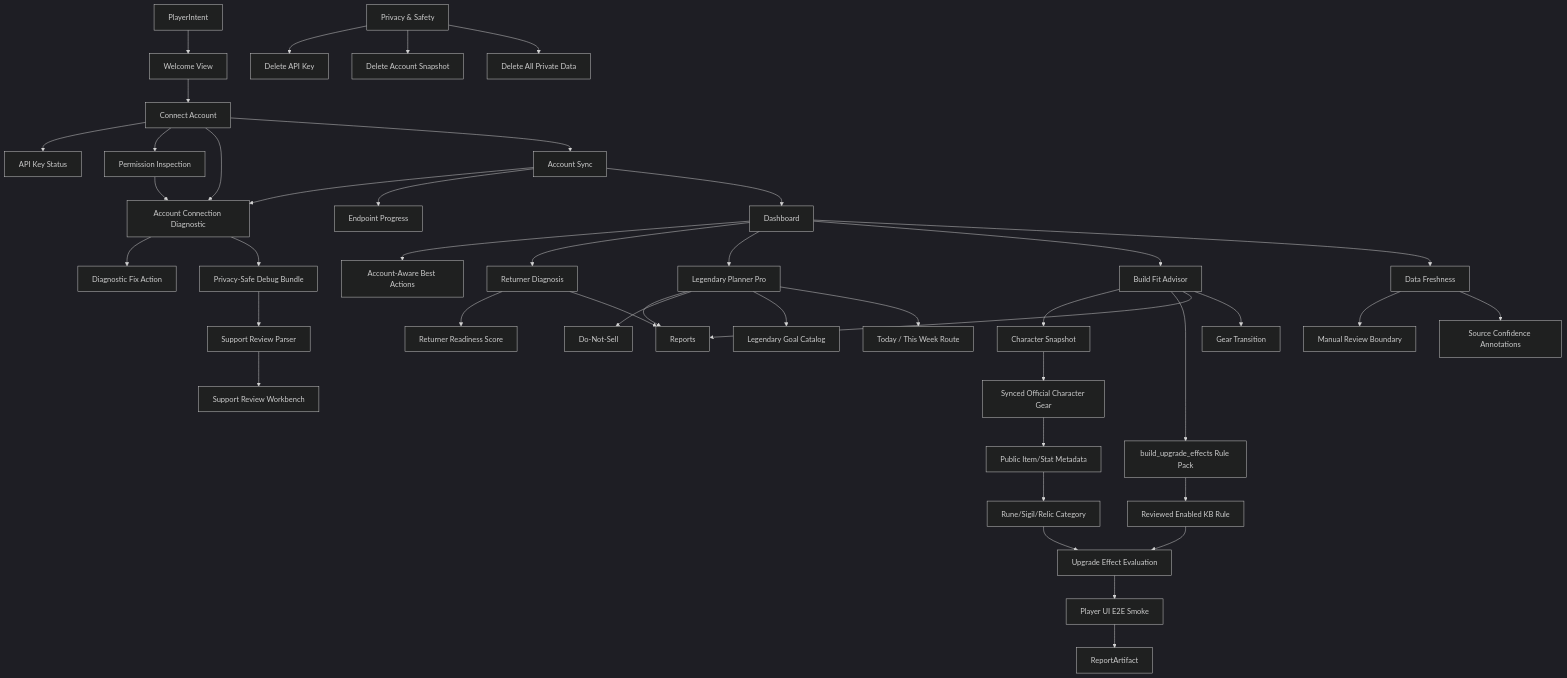
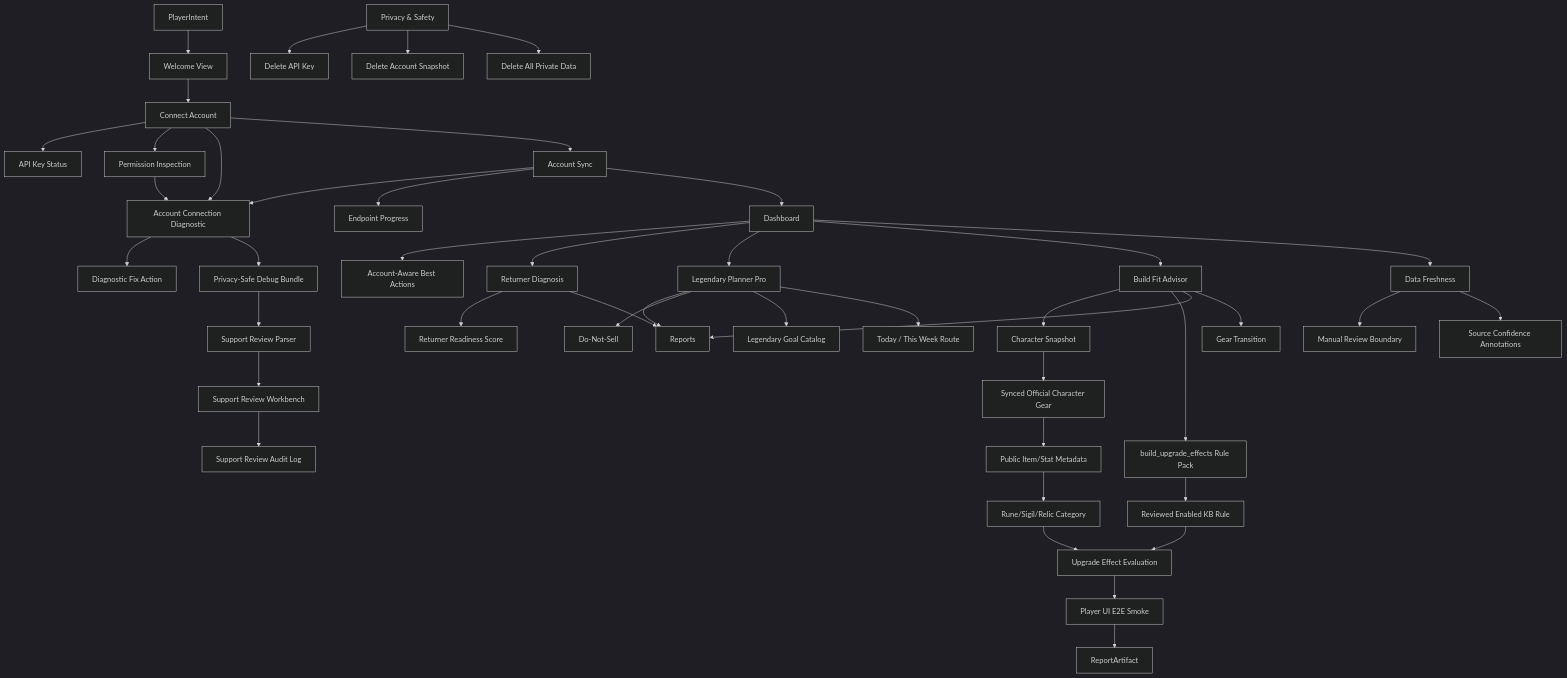
One commit to johnslee1207-commits/gw2radar changed the diagram in docs/ui/PLAYER_UI_SEMANTIC_GRAPH_AUDIT.md. Above: the diagram before and after it, drawn with Mermaid (dark theme). The commit also changed other lines of this file and 11 other files, not shown here.

Commit message:
Add support review audit log

````diff
--- a/docs/ui/PLAYER_UI_SEMANTIC_GRAPH_AUDIT.md
+++ b/docs/ui/PLAYER_UI_SEMANTIC_GRAPH_AUDIT.md
@@ -9,45 +9,46 @@
 ```mermaid
 graph TD
   PlayerIntent["PlayerIntent"] --> Welcome["Welcome View"]
   Welcome --> Connect["Connect Account"]
   Connect --> AccountKey["API Key Status"]
   Connect --> PermissionInspection["Permission Inspection"]
   Connect --> AccountConnectionDiagnostic["Account Connection Diagnostic"]
   AccountConnectionDiagnostic --> DiagnosticFixAction["Diagnostic Fix Action"]
   AccountConnectionDiagnostic --> AccountDebugBundle["Privacy-Safe Debug Bundle"]
   AccountDebugBundle --> AccountDebugBundleReview["Support Review Parser"]
   AccountDebugBundleReview --> SupportReviewWorkbench["Support Review Workbench"]
+  SupportReviewWorkbench --> SupportReviewAudit["Support Review Audit Log"]
   Connect --> AccountSync["Account Sync"]
   PermissionInspection --> AccountConnectionDiagnostic
   AccountSync --> AccountConnectionDiagnostic
   AccountSync --> EndpointProgress["Endpoint Progress"]
   AccountSync --> Dashboard["Dashboard"]
   Dashboard --> BestActions["Account-Aware Best Actions"]
   Dashboard --> Returner["Returner Diagnosis"]
   Returner --> ReturnerReadiness["Returner Readiness Score"]
   Dashboard --> Legendary["Legendary Planner Pro"]
   Dashboard --> BuildFit["Build Fit Advisor"]
   BuildFit --> CharacterSnapshot["Character Snapshot"]
   CharacterSnapshot --> SyncedCharacterGear["Synced Official Character Gear"]
   SyncedCharacterGear --> PublicItemMetadata["Public Item/Stat Metadata"]
   PublicItemMetadata --> GearSemanticCategory["Rune/Sigil/Relic Category"]
   GearSemanticCategory --> UpgradeEffectEvaluation["Upgrade Effect Evaluation"]
   BuildFit --> BuildUpgradeRulePack["build_upgrade_effects Rule Pack"]
   BuildUpgradeRulePack --> KBRule
   KBRule["Reviewed Enabled KB Rule"] --> UpgradeEffectEvaluation
   UpgradeEffectEvaluation --> PlayerUiE2ESmoke["Player UI E2E Smoke"]
   PlayerUiE2ESmoke --> ReportArtifact
   Dashboard --> Freshness["Data Freshness"]
   Returner --> ReportCenter["Reports"]
   Legendary --> ReportCenter
   BuildFit --> ReportCenter
   Legendary --> DoNotSell["Do-Not-Sell"]
   Legendary --> LegendaryGoalCatalog["Legendary Goal Catalog"]
   Legendary --> LegendaryWeeklyRoute["Today / This Week Route"]
   BuildFit --> GearTransition["Gear Transition"]
   Freshness --> SafetyBoundary["Manual Review Boundary"]
   Freshness --> SourceConfidence["Source Confidence Annotations"]
   Privacy["Privacy & Safety"] --> DeleteKey["Delete API Key"]
   Privacy --> DeleteSnapshot["Delete Account Snapshot"]
   Privacy --> DeleteAllPrivate["Delete All Private Data"]
 ```
````
